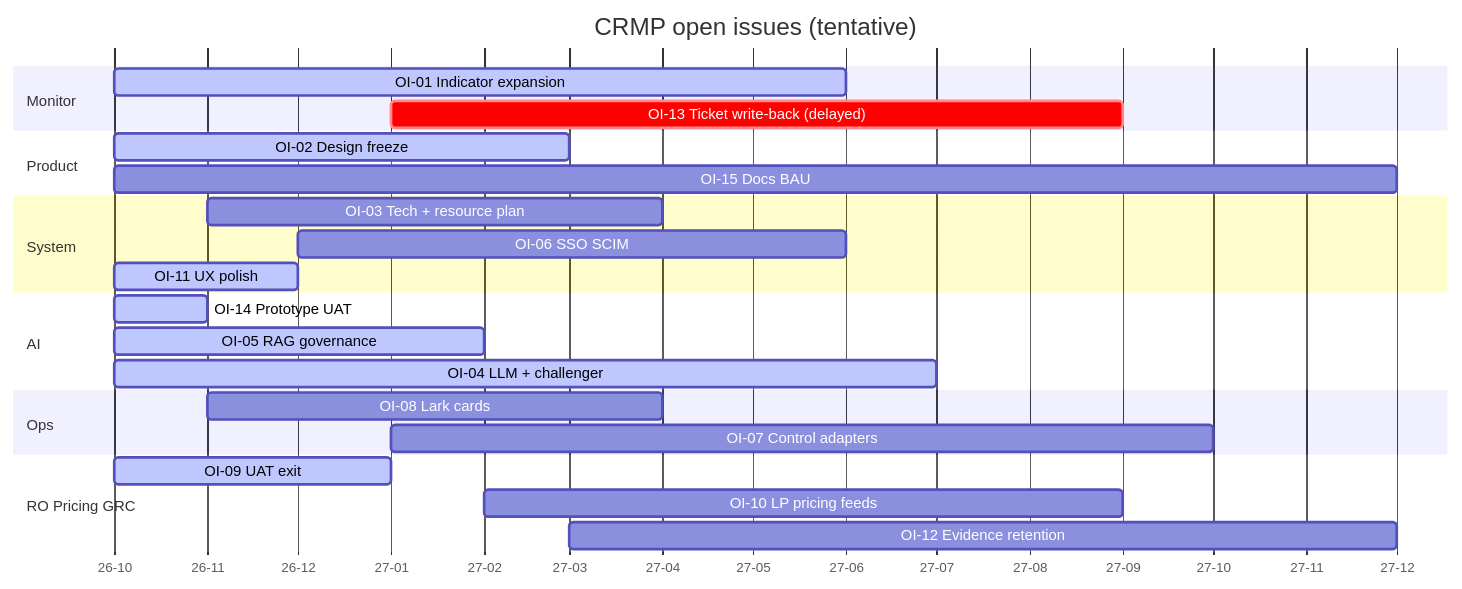
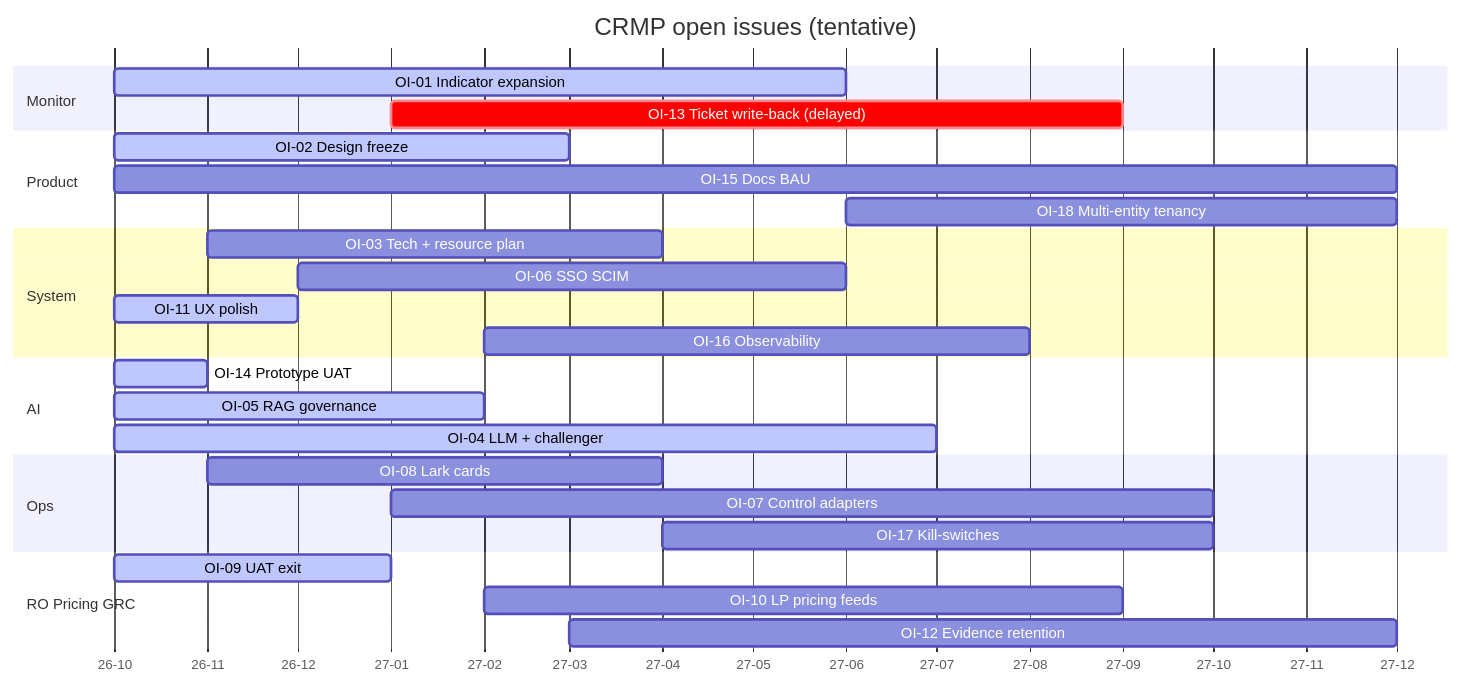
One commit to hxyan2020/PRD changed the diagram in platform/docs/PROGRESS.md. Above: the diagram before and after it, drawn with Mermaid. The commit also changed other lines of this file and 8 other files, not shown here.

````diff
--- a/platform/docs/PROGRESS.md
+++ b/platform/docs/PROGRESS.md
@@ -11,27 +11,30 @@
 ```mermaid
 gantt
   title CRMP open issues (tentative)
   dateFormat YYYY-MM
   axisFormat %y-%m
   section Monitor
   OI-01 Indicator expansion           :active, 2026-10, 2027-06
   OI-13 Ticket write-back (delayed)   :crit, 2027-01, 2027-09
   section Product
   OI-02 Design freeze                 :active, 2026-10, 2027-03
   OI-15 Docs BAU                      :2026-10, 2027-12
+  OI-18 Multi-entity tenancy          :2027-06, 2027-12
   section System
   OI-03 Tech + resource plan          :2026-11, 2027-04
   OI-06 SSO SCIM                      :2026-12, 2027-06
   OI-11 UX polish                     :active, 2026-10, 2026-12
+  OI-16 Observability                 :2027-02, 2027-08
   section AI
   OI-14 Prototype UAT                 :active, 2026-10, 2026-11
   OI-05 RAG governance                :active, 2026-10, 2027-02
   OI-04 LLM + challenger              :active, 2026-10, 2027-07
   section Ops
   OI-08 Lark cards                    :2026-11, 2027-04
   OI-07 Control adapters              :2027-01, 2027-10
+  OI-17 Kill-switches                 :2027-04, 2027-10
   section RO Pricing GRC
   OI-09 UAT exit                      :active, 2026-10, 2027-01
   OI-10 LP pricing feeds              :2027-02, 2027-09
   OI-12 Evidence retention            :2027-03, 2027-12
 ```
````
